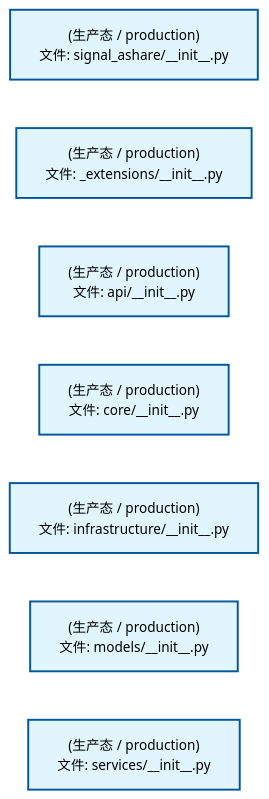
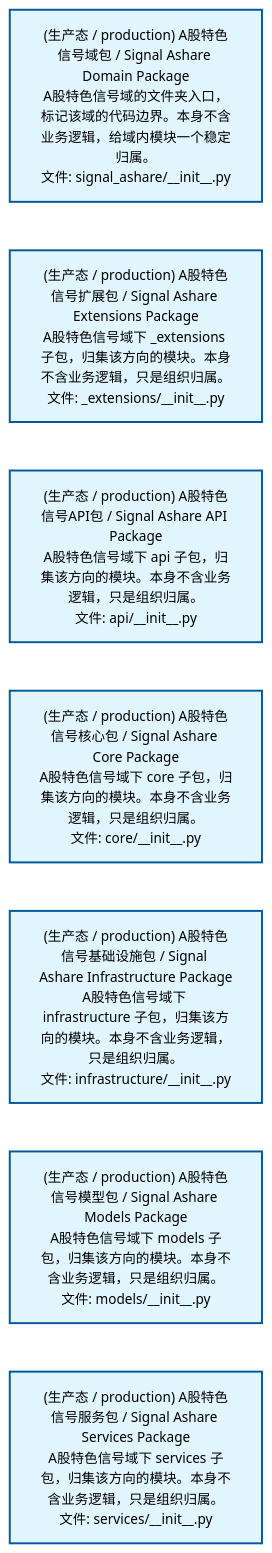
Before and after one commit to xuanFelixVan/ZephyrAlpha: the first of 2 diagrams in docs/02_enterprise_architecture/02_domain_architecture_docs/32_d_ashare_signal.md, drawn with Mermaid. The commit also changed 54 other files, not shown here.

````diff
--- a/docs/02_enterprise_architecture/02_domain_architecture_docs/32_d_ashare_signal.md
+++ b/docs/02_enterprise_architecture/02_domain_architecture_docs/32_d_ashare_signal.md
@@ -53,22 +53,22 @@
 ```mermaid
 %%{init: {'theme': 'base', 'themeVariables': {'primaryColor': '#eaeaea', 'primaryTextColor': '#333333', 'primaryBorderColor': '#666666', 'lineColor': '#666666', 'secondaryColor': '#eaeaea', 'tertiaryColor': '#eaeaea', 'fontSize': '14px'}}}%%
 flowchart TD
-    src_zephyr_signal_ashare_init_py["(生产态 / production)<br/>文件: signal_ashare/__init__.py"]
-    src_zephyr_signal_ashare_extensions_init_py["(生产态 / production)<br/>文件: _extensions/__init__.py"]
-    src_zephyr_signal_ashare_api_init_py["(生产态 / production)<br/>文件: api/__init__.py"]
-    src_zephyr_signal_ashare_core_init_py["(生产态 / production)<br/>文件: core/__init__.py"]
-    src_zephyr_signal_ashare_infrastructure_init_py["(生产态 / production)<br/>文件: infrastructure/__init__.py"]
-    src_zephyr_signal_ashare_models_init_py["(生产态 / production)<br/>文件: models/__init__.py"]
-    src_zephyr_signal_ashare_services_init_py["(生产态 / production)<br/>文件: services/__init__.py"]
+    src_zephyr_signal_ashare_init_py["(生产态 / production) A股特色信号域包 / Signal Ashare Domain Package<br/>A股特色信号域的文件夹入口，标记该域的代码边界。本身不含业务逻辑，给域内模块一个稳定归属。<br/>文件: signal_ashare/__init__.py"]
+    src_zephyr_signal_ashare_extensions_init_py["(生产态 / production) A股特色信号扩展包 / Signal Ashare Extensions Package<br/>A股特色信号域下 _extensions 子包，归集该方向的模块。本身不含业务逻辑，只是组织归属。<br/>文件: _extensions/__init__.py"]
+    src_zephyr_signal_ashare_api_init_py["(生产态 / production) A股特色信号API包 / Signal Ashare API Package<br/>A股特色信号域下 api 子包，归集该方向的模块。本身不含业务逻辑，只是组织归属。<br/>文件: api/__init__.py"]
+    src_zephyr_signal_ashare_core_init_py["(生产态 / production) A股特色信号核心包 / Signal Ashare Core Package<br/>A股特色信号域下 core 子包，归集该方向的模块。本身不含业务逻辑，只是组织归属。<br/>文件: core/__init__.py"]
+    src_zephyr_signal_ashare_infrastructure_init_py["(生产态 / production) A股特色信号基础设施包 / Signal Ashare Infrastructure Package<br/>A股特色信号域下 infrastructure 子包，归集该方向的模块。本身不含业务逻辑，只是组织归属。<br/>文件: infrastructure/__init__.py"]
+    src_zephyr_signal_ashare_models_init_py["(生产态 / production) A股特色信号模型包 / Signal Ashare Models Package<br/>A股特色信号域下 models 子包，归集该方向的模块。本身不含业务逻辑，只是组织归属。<br/>文件: models/__init__.py"]
+    src_zephyr_signal_ashare_services_init_py["(生产态 / production) A股特色信号服务包 / Signal Ashare Services Package<br/>A股特色信号域下 services 子包，归集该方向的模块。本身不含业务逻辑，只是组织归属。<br/>文件: services/__init__.py"]
     src_zephyr_signal_ashare_init_py ~~~ src_zephyr_signal_ashare_extensions_init_py
     src_zephyr_signal_ashare_extensions_init_py ~~~ src_zephyr_signal_ashare_api_init_py
     src_zephyr_signal_ashare_api_init_py ~~~ src_zephyr_signal_ashare_core_init_py
     src_zephyr_signal_ashare_core_init_py ~~~ src_zephyr_signal_ashare_infrastructure_init_py
     src_zephyr_signal_ashare_infrastructure_init_py ~~~ src_zephyr_signal_ashare_models_init_py
     src_zephyr_signal_ashare_models_init_py ~~~ src_zephyr_signal_ashare_services_init_py
     classDef production fill:#e1f5fe,stroke:#01579b,stroke-width:2px,color:#000
     classDef design fill:#fff3e0,stroke:#e65100,stroke-width:2px,color:#000,stroke-dasharray: 5 5
     classDef external_prod fill:#e8f4fd,stroke:#0277bd,stroke-width:1px,color:#000
     classDef external_design fill:#fff8e7,stroke:#ef6c00,stroke-width:1px,color:#000,stroke-dasharray: 5 5
     class src_zephyr_signal_ashare_init_py,src_zephyr_signal_ashare_extensions_init_py,src_zephyr_signal_ashare_api_init_py,src_zephyr_signal_ashare_core_init_py,src_zephyr_signal_ashare_infrastructure_init_py,src_zephyr_signal_ashare_models_init_py,src_zephyr_signal_ashare_services_init_py production
 ```
````
